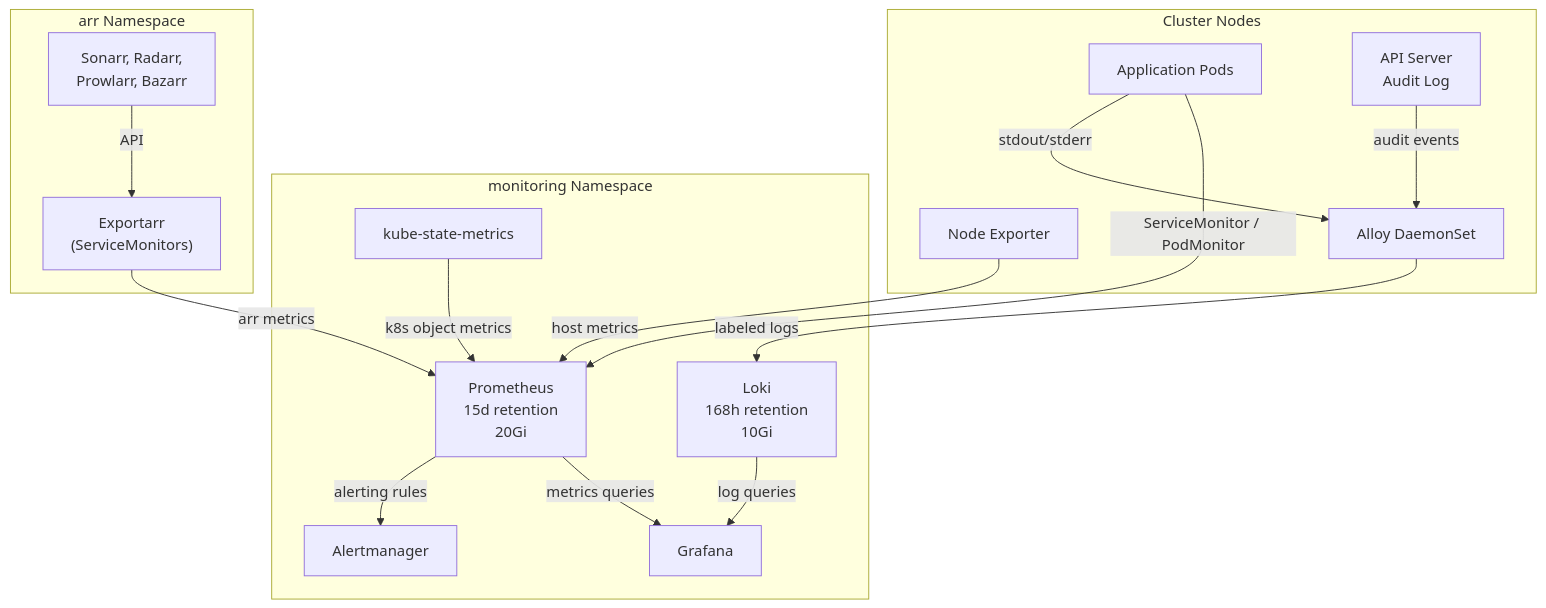
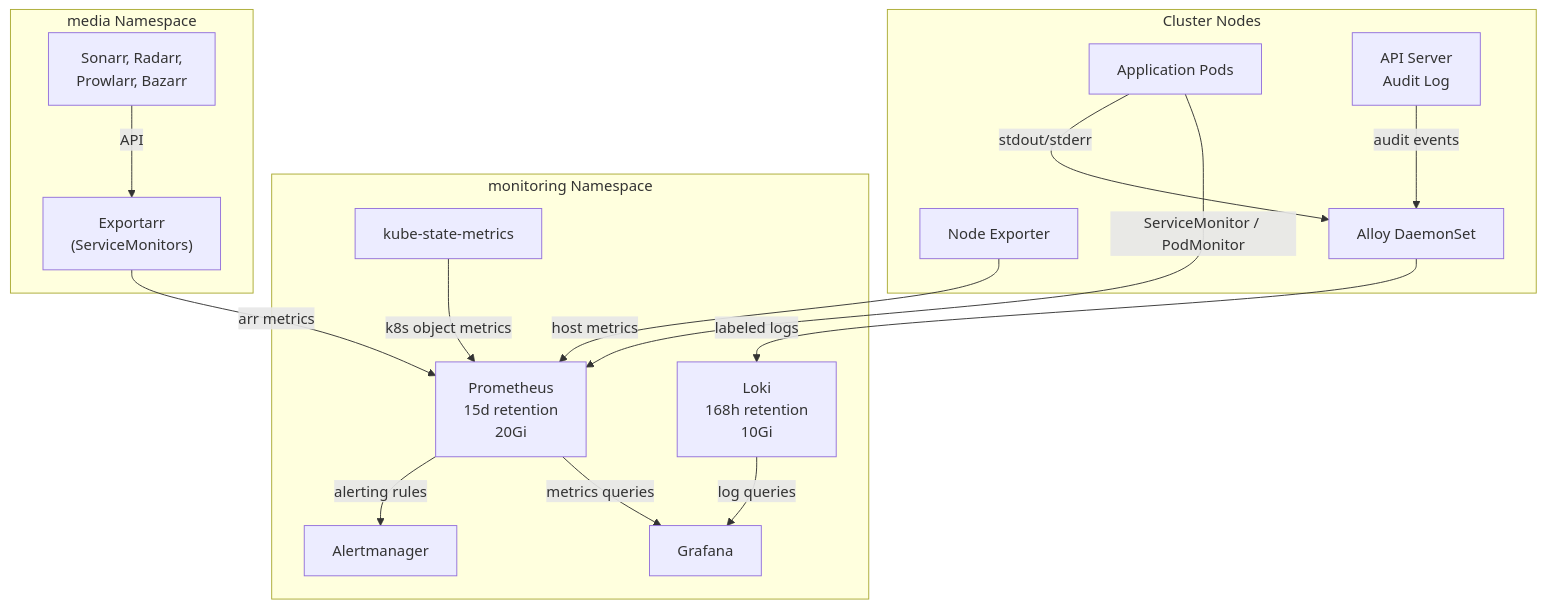
One commit to kyleseneker/homelab changed the third of 3 diagrams in docs/architecture/monitoring.md. Above: the diagram before and after it, drawn with Mermaid. The commit also changed 217 other files, not shown here.

Commit message:
refactor(k8s): rename the arr namespace to media and drop the arr- prefix

````diff
--- a/docs/architecture/monitoring.md
+++ b/docs/architecture/monitoring.md
@@ -242,35 +242,35 @@
 ```mermaid
 flowchart TD
     subgraph nodes["Cluster Nodes"]
         ne["Node Exporter"]
         alloyDs["Alloy DaemonSet"]
         appPods["Application Pods"]
         auditLog["API Server\nAudit Log"]
     end
 
     subgraph monitoring["monitoring Namespace"]
         prom["Prometheus\n15d retention\n20Gi"]
         loki["Loki\n168h retention\n10Gi"]
         grafana["Grafana"]
         am["Alertmanager"]
         ksm["kube-state-metrics"]
     end
 
     ne -->|"host metrics"| prom
     ksm -->|"k8s object metrics"| prom
     appPods -->|"ServiceMonitor / PodMonitor"| prom
     appPods -->|"stdout/stderr"| alloyDs
     auditLog -->|"audit events"| alloyDs
     alloyDs -->|"labeled logs"| loki
     prom -->|"metrics queries"| grafana
     loki -->|"log queries"| grafana
     prom -->|"alerting rules"| am
 
-    subgraph arr["arr Namespace"]
+    subgraph media["media Namespace"]
         exportarr["Exportarr\n(ServiceMonitors)"]
         arrApps["Sonarr, Radarr,\nProwlarr, Bazarr"]
     end
 
     arrApps -->|"API"| exportarr
     exportarr -->|"arr metrics"| prom
 ```
````
